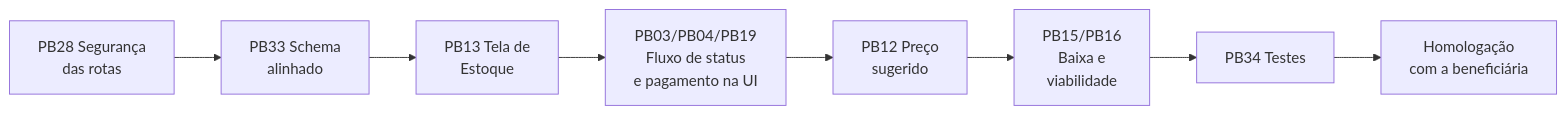
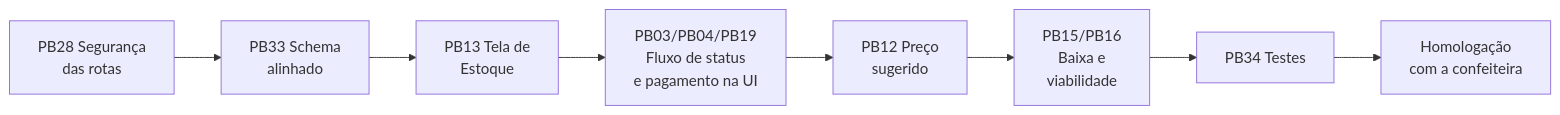
One commit to projeto-doceterapia/documentacao changed the second of 2 diagrams in docs/11-product-backlog.md. Above: the diagram before and after it, drawn with Mermaid. The commit also changed other lines of this file and 18 other files, not shown here.

````diff
--- a/docs/11-product-backlog.md
+++ b/docs/11-product-backlog.md
@@ -108,10 +95,10 @@
 ```mermaid
 flowchart LR
     A["PB28 Segurança<br/>das rotas"] --> B["PB33 Schema<br/>alinhado"]
     B --> C["PB13 Tela de<br/>Estoque"]
     C --> D["PB03/PB04/PB19<br/>Fluxo de status<br/>e pagamento na UI"]
     D --> E["PB12 Preço<br/>sugerido"]
     E --> F["PB15/PB16<br/>Baixa e<br/>viabilidade"]
     F --> G["PB34 Testes"]
-    G --> H["Homologação<br/>com a beneficiária"]
+    G --> H["Homologação<br/>com a confeiteira"]
 ```
````
